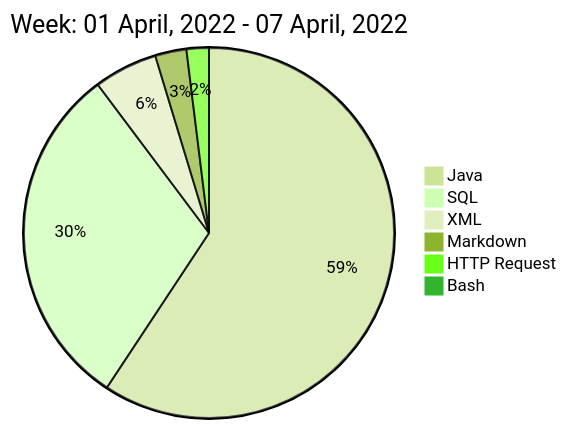
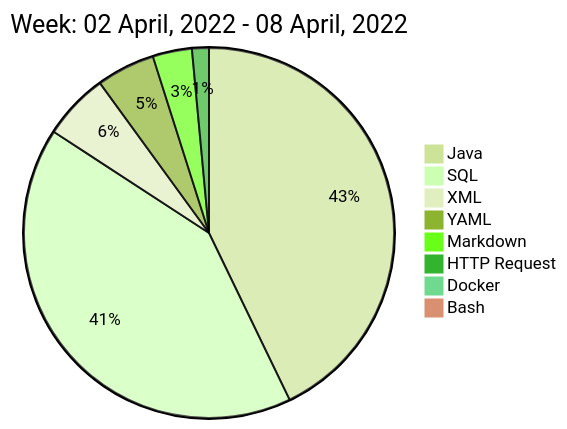
The diagram in README.md (liubin95/liubin95), drawn with Mermaid (forest theme) before and after one commit.

Commit message:
Updated the Graph with new Metrics

````diff
--- a/README.md
+++ b/README.md
@@ -40,10 +40,12 @@
 ```mermaid
  pie
-title Week: 01 April, 2022 - 07 April, 2022
- "Java" : 11.52
- "SQL" : 5.92
- "XML" : 1.08
- "Markdown" : 0.53
- "HTTP Request" : 0.38
- "Bash" : 0.02
+title Week: 02 April, 2022 - 08 April, 2022
+ "Java" : 8.13
+ "SQL" : 7.85
+ "XML" : 1.1
+ "YAML" : 0.97
+ "Markdown" : 0.65
+ "HTTP Request" : 0.28
+ "Docker" : 0.07
+ "Bash" : 0.03
 ```
````
